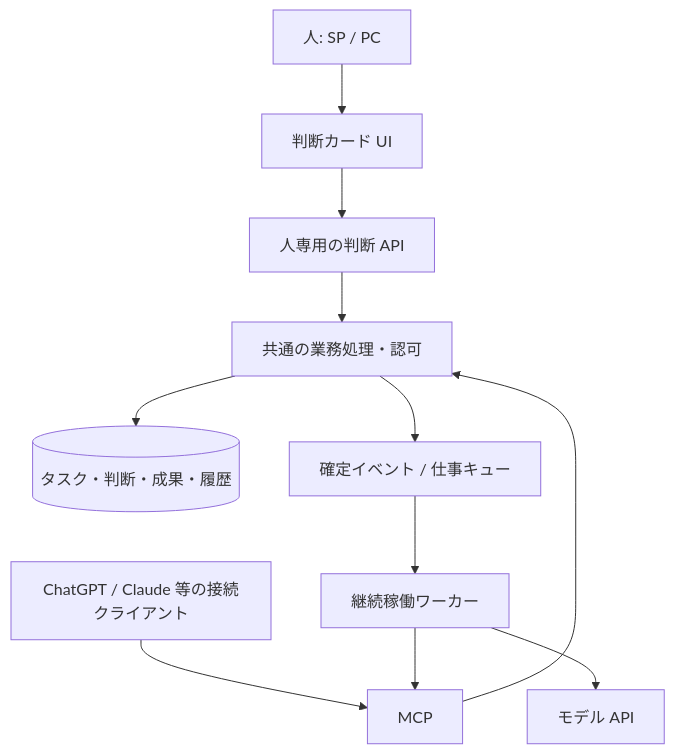
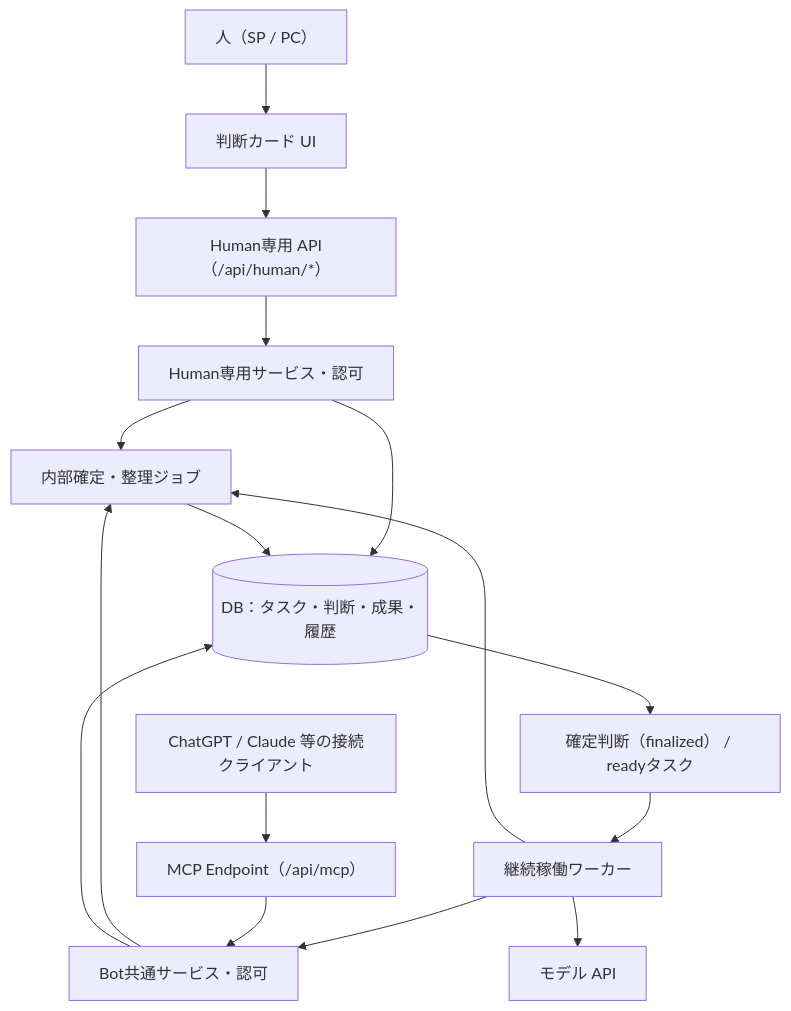
One commit to kkyosuke/bot-board changed the diagram in docs/bot-integration.md. Above: the diagram before and after it, drawn with Mermaid. The commit also changed other lines of this file and 6 other files, not shown here.

````diff
--- a/docs/bot-integration.md
+++ b/docs/bot-integration.md
@@ -30,13 +30,18 @@
 ```mermaid
 flowchart TD
-  H[人: SP / PC] --> U[判断カード UI]
-  U --> D[人専用の判断 API]
-  C[ChatGPT / Claude 等の接続クライアント] --> M[MCP]
-  W[継続稼働ワーカー] --> M
-  W --> P[モデル API]
-  M --> S[共通の業務処理・認可]
-  D --> S
-  S --> DB[(タスク・判断・成果・履歴)]
-  S --> Q[確定イベント / 仕事キュー]
+  H["人（SP / PC）"] --> U["判断カード UI"]
+  U --> D["Human専用 API（/api/human/*）"]
+  C["ChatGPT / Claude 等の接続クライアント"] --> M["MCP Endpoint（/api/mcp）"]
+  W["継続稼働ワーカー"] --> BS["Bot共通サービス・認可"]
+  W --> P["モデル API"]
+  M --> BS
+  D --> HS["Human専用サービス・認可"]
+  HS --> SJ["内部確定・整理ジョブ"]
+  BS --> SJ
+  W --> SJ
+  HS --> DB[("DB：タスク・判断・成果・履歴")]
+  BS --> DB
+  SJ --> DB
+  DB --> Q["確定判断（finalized） / readyタスク"]
   Q --> W
 ```
````
